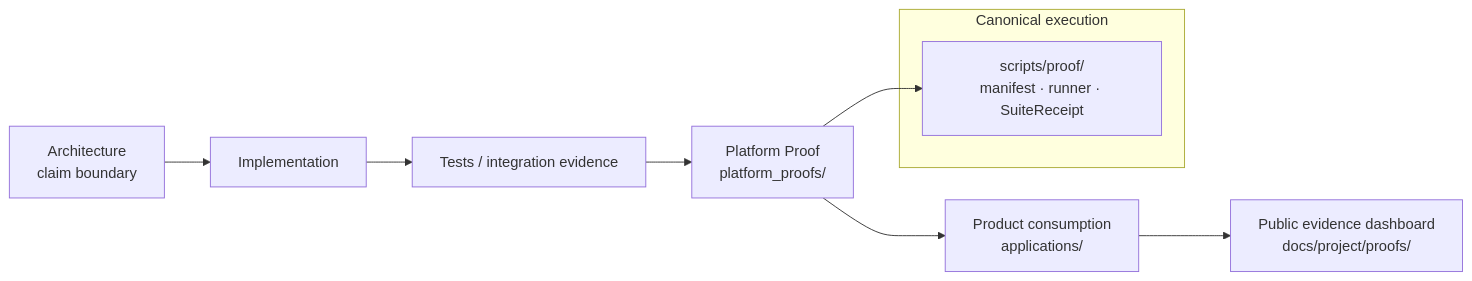
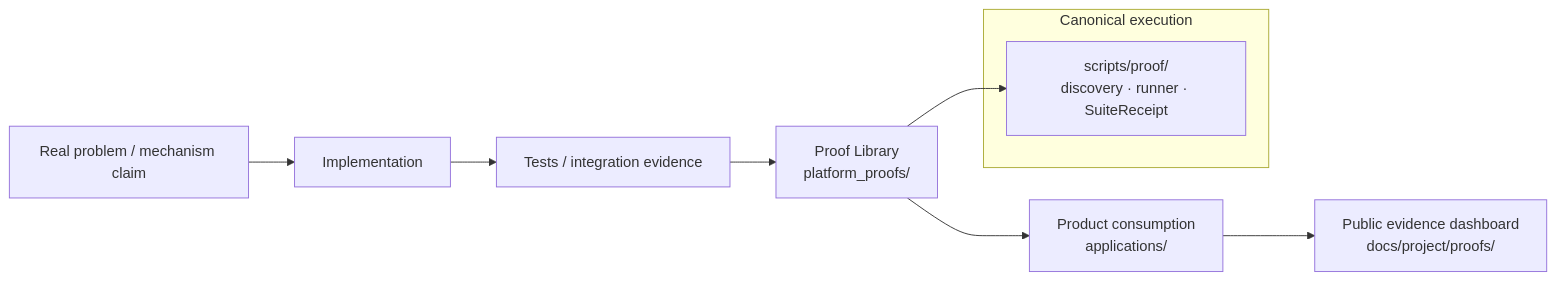
Before and after one commit to jakbuczarnecki/intergrax: the diagram in platform_proofs/README.md, drawn with Mermaid. The commit also changed other lines of this file and 1 other file, not shown here.

Commit message:
docs(proofs): define canonical proof library authoring standard

````diff
--- a/platform_proofs/README.md
+++ b/platform_proofs/README.md
@@ -14,14 +21,14 @@
 ```mermaid
 flowchart LR
-    A[Architecture<br/>claim boundary] --> B[Implementation]
+    A[Real problem / mechanism claim] --> B[Implementation]
     B --> C[Tests / integration evidence]
-    C --> D[Platform Proof<br/>platform_proofs/]
+    C --> D[Proof Library<br/>platform_proofs/]
     D --> E[Product consumption<br/>applications/]
     E --> F[Public evidence dashboard<br/>docs/project/proofs/]
 
     subgraph execution [Canonical execution]
-        S[scripts/proof/<br/>manifest · runner · SuiteReceipt]
+        S[scripts/proof/<br/>discovery · runner · SuiteReceipt]
     end
 
     D --> S
 ```
````
